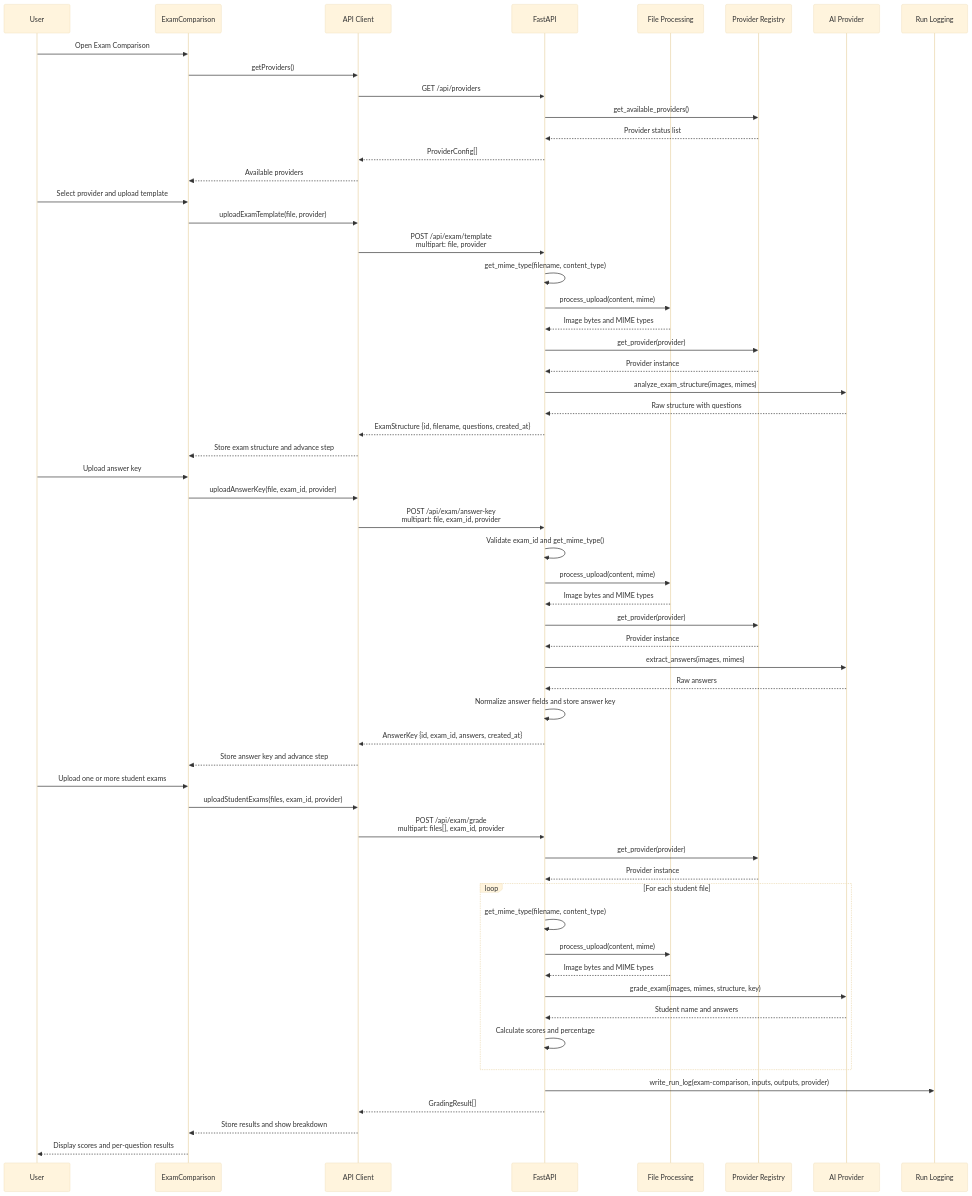
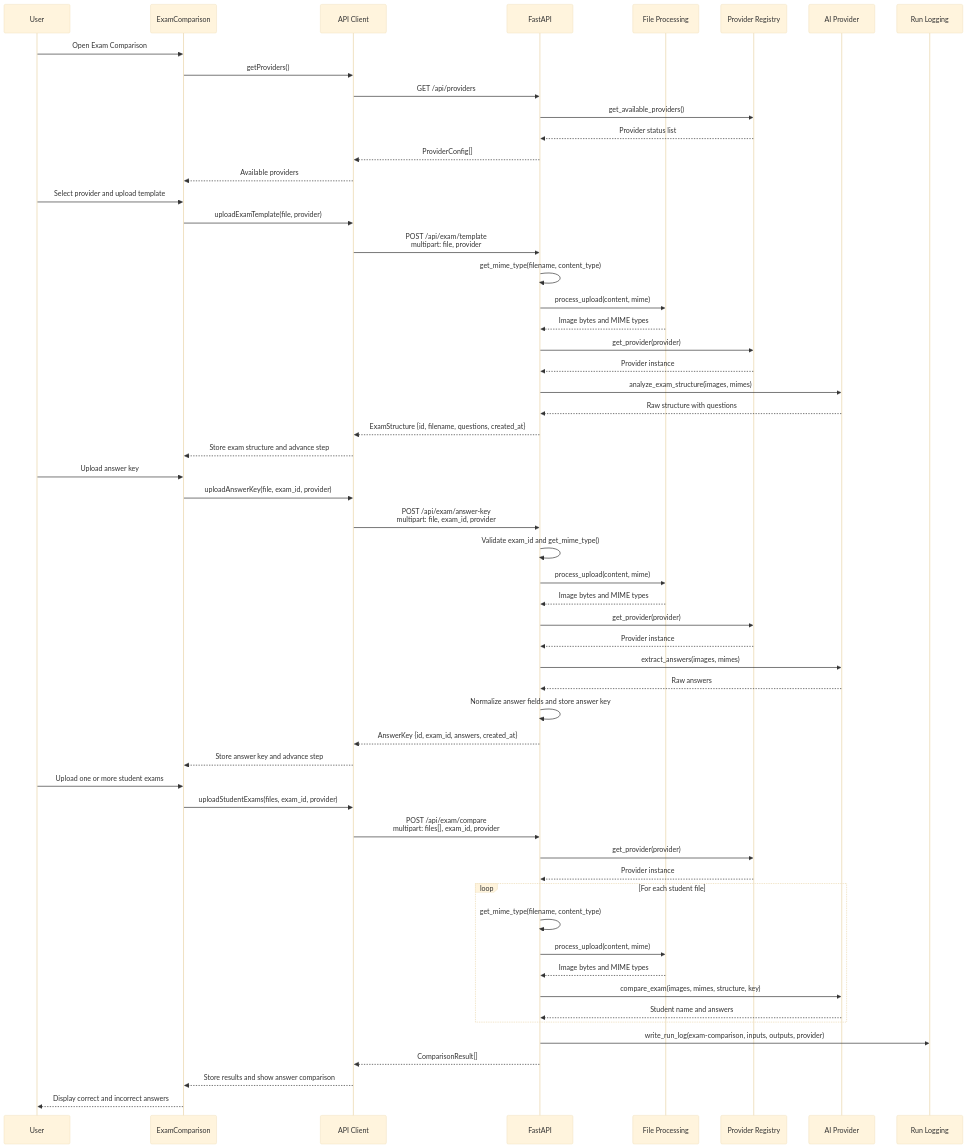
One commit to franciscosuca/exan changed the second of 6 diagrams in docs/ARCHITECTURE.md. Above: the diagram before and after it, drawn with Mermaid (base theme). The commit also changed other lines of this file and 35 other files, not shown here.

Commit message:
refactor : grading system to comparison exam feature.

````diff
--- a/docs/ARCHITECTURE.md
+++ b/docs/ARCHITECTURE.md
@@ -132,64 +132,63 @@
 ```mermaid
 sequenceDiagram
     participant U as User
     participant EC as ExamComparison
     participant API as API Client
     participant BE as FastAPI
     participant FP as File Processing
     participant PR as Provider Registry
     participant AI as AI Provider
     participant LOG as Run Logging
 
     U->>EC: Open Exam Comparison
     EC->>API: getProviders()
     API->>BE: GET /api/providers
     BE->>PR: get_available_providers()
     PR-->>BE: Provider status list
     BE-->>API: ProviderConfig[]
     API-->>EC: Available providers
 
     U->>EC: Select provider and upload template
     EC->>API: uploadExamTemplate(file, provider)
     API->>BE: POST /api/exam/template<br/>multipart: file, provider
     BE->>BE: get_mime_type(filename, content_type)
     BE->>FP: process_upload(content, mime)
     FP-->>BE: Image bytes and MIME types
     BE->>PR: get_provider(provider)
     PR-->>BE: Provider instance
     BE->>AI: analyze_exam_structure(images, mimes)
     AI-->>BE: Raw structure with questions
     BE-->>API: ExamStructure {id, filename, questions, created_at}
     API-->>EC: Store exam structure and advance step
 
     U->>EC: Upload answer key
     EC->>API: uploadAnswerKey(file, exam_id, provider)
     API->>BE: POST /api/exam/answer-key<br/>multipart: file, exam_id, provider
     BE->>BE: Validate exam_id and get_mime_type()
     BE->>FP: process_upload(content, mime)
     FP-->>BE: Image bytes and MIME types
     BE->>PR: get_provider(provider)
     PR-->>BE: Provider instance
     BE->>AI: extract_answers(images, mimes)
     AI-->>BE: Raw answers
     BE->>BE: Normalize answer fields and store answer key
     BE-->>API: AnswerKey {id, exam_id, answers, created_at}
     API-->>EC: Store answer key and advance step
 
     U->>EC: Upload one or more student exams
     EC->>API: uploadStudentExams(files, exam_id, provider)
-    API->>BE: POST /api/exam/grade<br/>multipart: files[], exam_id, provider
+    API->>BE: POST /api/exam/compare<br/>multipart: files[], exam_id, provider
     BE->>PR: get_provider(provider)
     PR-->>BE: Provider instance
     loop For each student file
         BE->>BE: get_mime_type(filename, content_type)
         BE->>FP: process_upload(content, mime)
         FP-->>BE: Image bytes and MIME types
-        BE->>AI: grade_exam(images, mimes, structure, key)
+        BE->>AI: compare_exam(images, mimes, structure, key)
         AI-->>BE: Student name and answers
-        BE->>BE: Calculate scores and percentage
     end
     BE->>LOG: write_run_log(exam-comparison, inputs, outputs, provider)
-    BE-->>API: GradingResult[]
-    API-->>EC: Store results and show breakdown
-    EC-->>U: Display scores and per-question results
+    BE-->>API: ComparisonResult[]
+    API-->>EC: Store results and show answer comparison
+    EC-->>U: Display correct and incorrect answers
 ```
````
